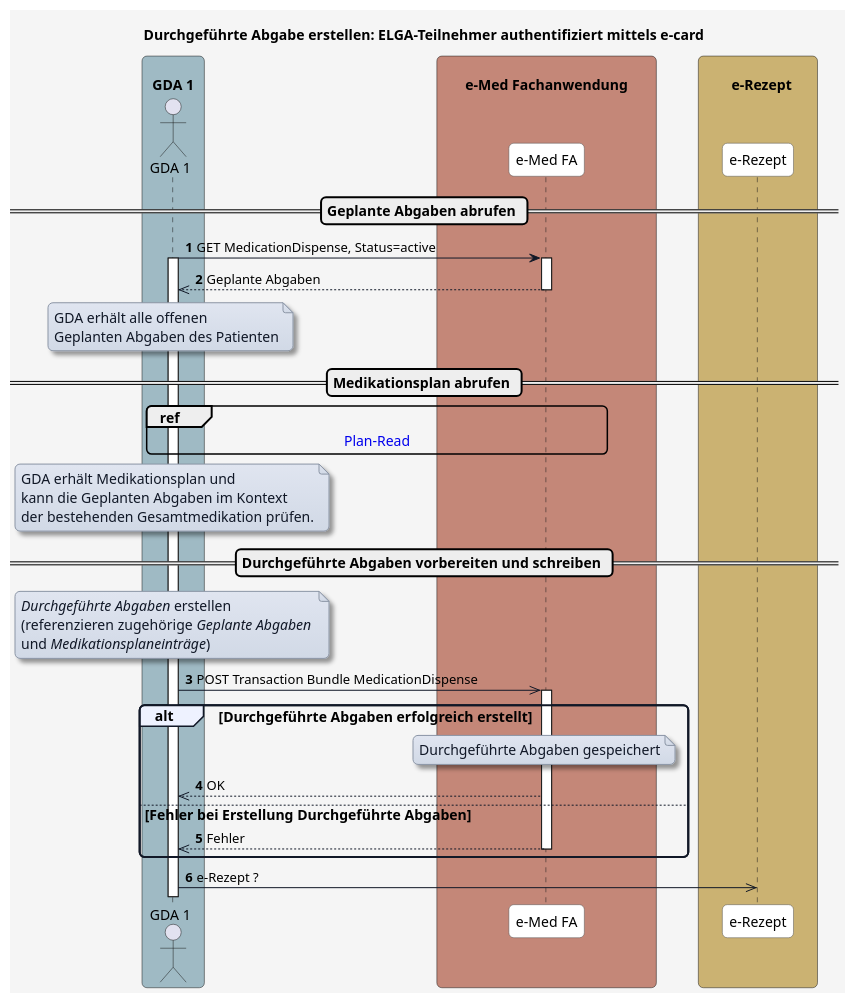
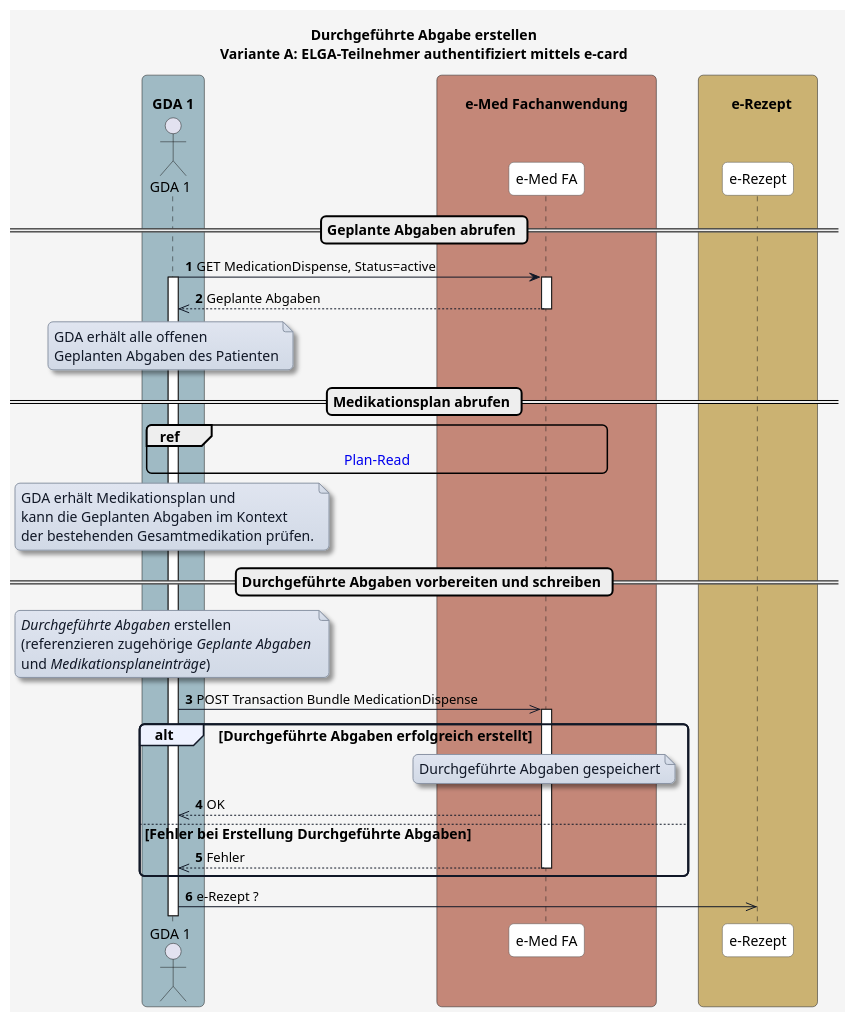
One commit to HL7Austria/ELGA-e-Medikation-R4 changed the diagram in plantuml/UC_eMed_09_01.plantuml. Above: the diagram before and after it, drawn with PlantUML. The commit also changed 10 other files, not shown here.

Commit message:
Update diagram

```diff
--- a/plantuml/UC_eMed_09_01.plantuml
+++ b/plantuml/UC_eMed_09_01.plantuml
@@ -1,108 +1,108 @@
 @startuml
 
-title Durchgeführte Abgabe erstellen: ELGA-Teilnehmer authentifiziert mittels e-card
+title Durchgeführte Abgabe erstellen\nVariante A: ELGA-Teilnehmer authentifiziert mittels e-card
 
 skinparam borderColor #000000
 skinparam backgroundColor #f5f5f5
 skinparam shadowing false
 skinparam roundCorner 10
 skinparam defaultFontName "Arial"
 skinparam defaultFontSize 14
 skinparam defaultFontColor #000000
 
 skinparam note {
   BackgroundColor #e0e5f0-#d1d9e6
   BorderColor #8b95a5
   BorderThickness 1
   RoundCorner 8
   Padding 6
   FontColor #111827
   Shadowing true
 }
 
 skinparam HyperlinkColor #0000EE
 skinparam HyperlinkUnderline false
 
 skinparam sequence {
   ParticipantBorderColor #555555
   ParticipantBackgroundColor #ffffff
   ParticipantFontColor #000000
   ParticipantFontSize 14
   ParticipantPadding 20
   ArrowColor #111827
   ArrowThickness 1
   ArrowFontColor #000000
   ArrowFontSize 13
   GroupBorderColor #111827
   GroupBackgroundColor #eef2ff
   GroupBorderThickness 2
 }
 
 skinparam BoxPadding 20
 skinparam BoxBorderColor #555555
 
 box "\n  GDA 1  " #9fbac4
   actor GDA_1 as "GDA 1"
 end box
 
 box "\n       e-Med Fachanwendung       " #C48778
   participant eMed_FA as "e-Med FA"
 end box
 
 box "\n    e-Rezept  " #cbb272
   participant e_Rezept as "e-Rezept"
 end box
 
 autonumber
 
 
 
 == Geplante Abgaben abrufen ==
 
 GDA_1 -> eMed_FA: GET MedicationDispense, Status=active
 activate GDA_1
 activate eMed_FA
 eMed_FA -->> GDA_1: Geplante Abgaben
 deactivate eMed_FA
 note over GDA_1
 GDA erhält alle offenen 
 Geplanten Abgaben des Patienten
 end note
 
 == Medikationsplan abrufen ==
 
 ref over GDA_1, eMed_FA : [[interactions.html#sequenzdiagramm-plan-read Plan-Read]]
 note over GDA_1
 GDA erhält Medikationsplan und 
 kann die Geplanten Abgaben im Kontext 
 der bestehenden Gesamtmedikation prüfen.
 end note
 
 == Durchgeführte Abgaben vorbereiten und schreiben ==
 
 note over GDA_1
 <i>Durchgeführte Abgaben</i> erstellen 
 (referenzieren zugehörige <i>Geplante Abgaben</i> 
 und <i>Medikationsplaneinträge</i>)
 end note
 
 GDA_1 ->> eMed_FA: POST Transaction Bundle MedicationDispense
 activate eMed_FA
 
 alt Durchgeführte Abgaben erfolgreich erstellt
 
   note over eMed_FA
   Durchgeführte Abgaben gespeichert
   end note
 
   eMed_FA -->> GDA_1: OK 
 
 else Fehler bei Erstellung Durchgeführte Abgaben
   eMed_FA -->> GDA_1: Fehler 
   deactivate eMed_FA
 
 end
 
 GDA_1 ->> e_Rezept:  e-Rezept ?
 
 @enduml
```
